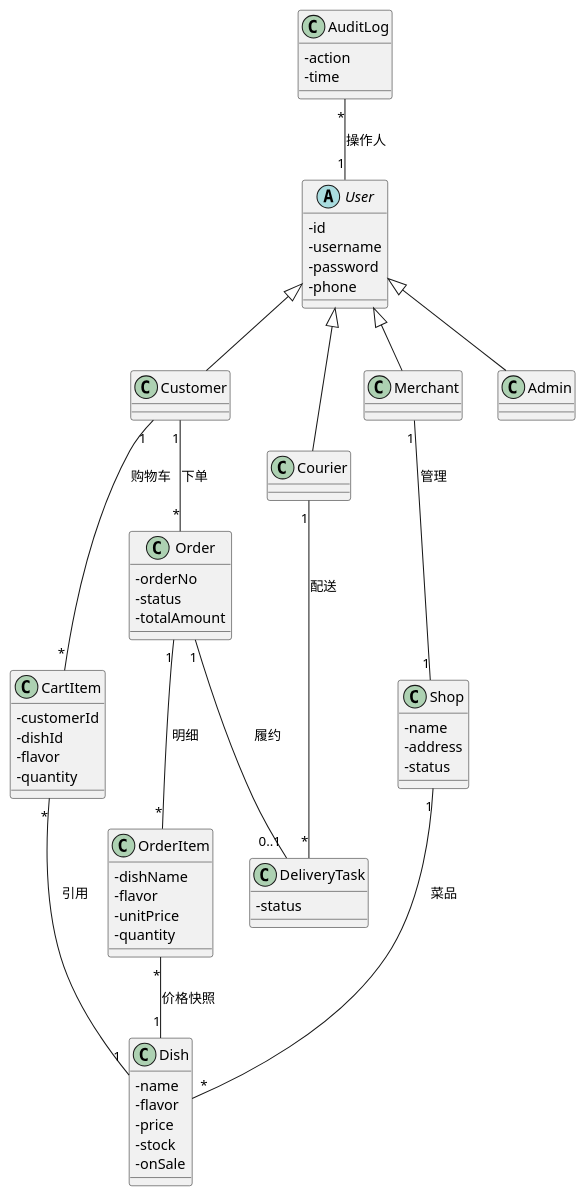
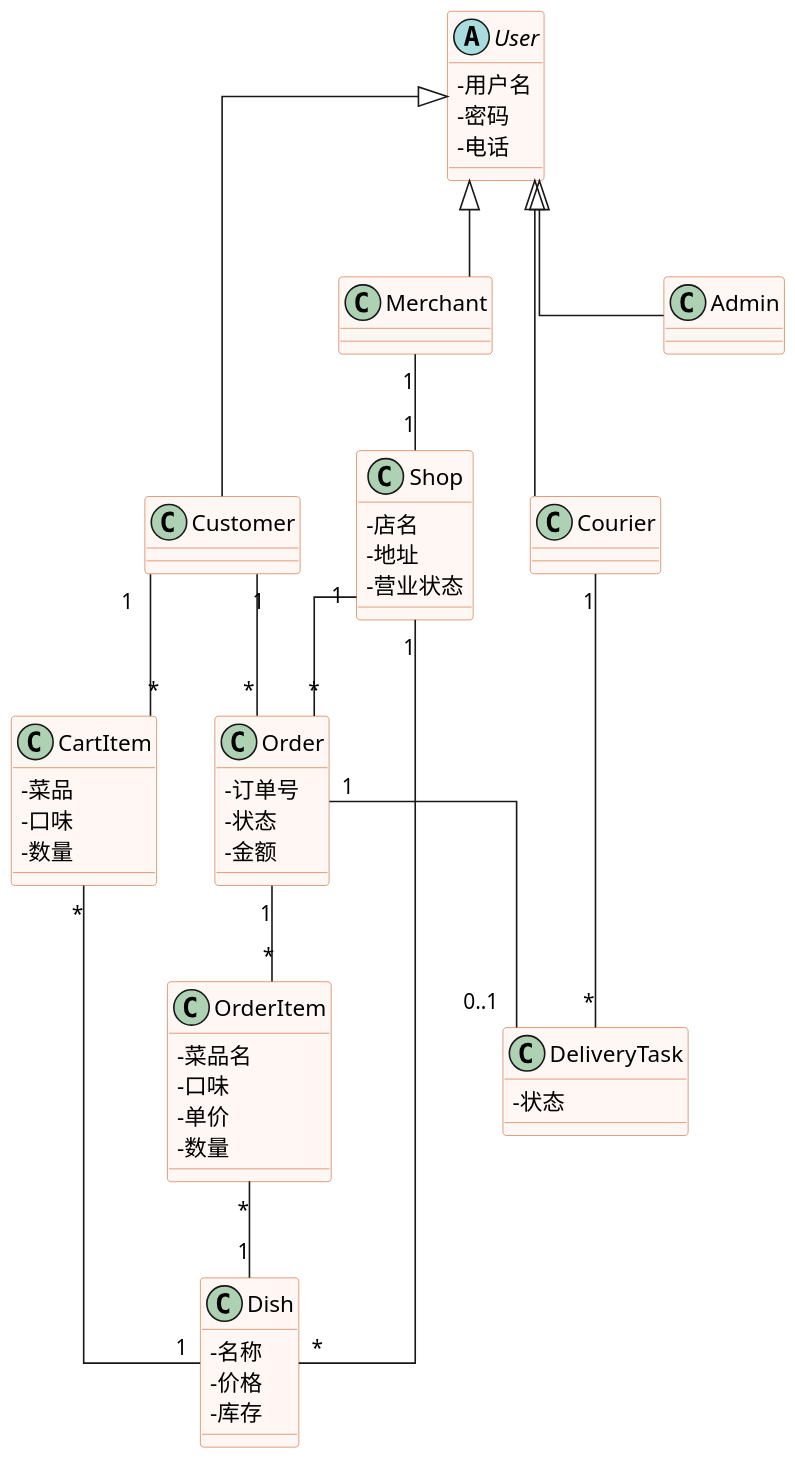
Before and after one commit to shenningxin-lab/software-engineering-lab: the diagram in UML/UML类图.puml, drawn with PlantUML. The commit also changed 23 other files, not shown here.

Commit message:
实验二：保存人工修改后的 UML 与 UI 设计

```diff
--- a/UML/UML类图.puml
+++ b/UML/UML类图.puml
@@ -1,68 +1,65 @@
 @startuml
 skinparam defaultFontName "Microsoft YaHei"
+skinparam shadowing false
+skinparam dpi 150
 skinparam classAttributeIconSize 0
+skinparam classBackgroundColor #FFF7F3
+skinparam classBorderColor #D9875F
+skinparam linetype ortho
 
 abstract class User {
-  -id
-  -username
-  -password
-  -phone
+  -用户名
+  -密码
+  -电话
 }
 class Customer
 class Merchant
 class Courier
 class Admin
 
 class Shop {
-  -name
-  -address
-  -status
+  -店名
+  -地址
+  -营业状态
 }
 class Dish {
-  -name
-  -flavor
-  -price
-  -stock
-  -onSale
+  -名称
+  -价格
+  -库存
 }
 class CartItem {
-  -customerId
-  -dishId
-  -flavor
-  -quantity
+  -菜品
+  -口味
+  -数量
 }
 class Order {
-  -orderNo
-  -status
-  -totalAmount
+  -订单号
+  -状态
+  -金额
 }
 class OrderItem {
-  -dishName
-  -flavor
-  -unitPrice
-  -quantity
+  -菜品名
+  -口味
+  -单价
+  -数量
 }
 class DeliveryTask {
-  -status
-}
-class AuditLog {
-  -action
-  -time
+  -状态
 }
 
 User <|-- Customer
 User <|-- Merchant
 User <|-- Courier
 User <|-- Admin
 
-Merchant "1" -- "1" Shop : 管理
-Shop "1" -- "*" Dish : 菜品
-Customer "1" -- "*" CartItem : 购物车
-CartItem "*" -- "1" Dish : 引用
-Customer "1" -- "*" Order : 下单
-Order "1" -- "*" OrderItem : 明细
-OrderItem "*" -- "1" Dish : 价格快照
-Order "1" -- "0..1" DeliveryTask : 履约
-Courier "1" -- "*" DeliveryTask : 配送
-AuditLog "*" -- "1" User : 操作人
+Merchant "1" -- "1" Shop
+Shop "1" -- "*" Dish
+Shop "1" -- "*" Order
+Customer "1" -- "*" CartItem
+CartItem "*" -- "1" Dish
+Customer "1" -- "*" Order
+Order "1" -- "*" OrderItem
+OrderItem "*" -- "1" Dish
+Order "1" -- "0..1" DeliveryTask
+Courier "1" -- "*" DeliveryTask
 @enduml
```
